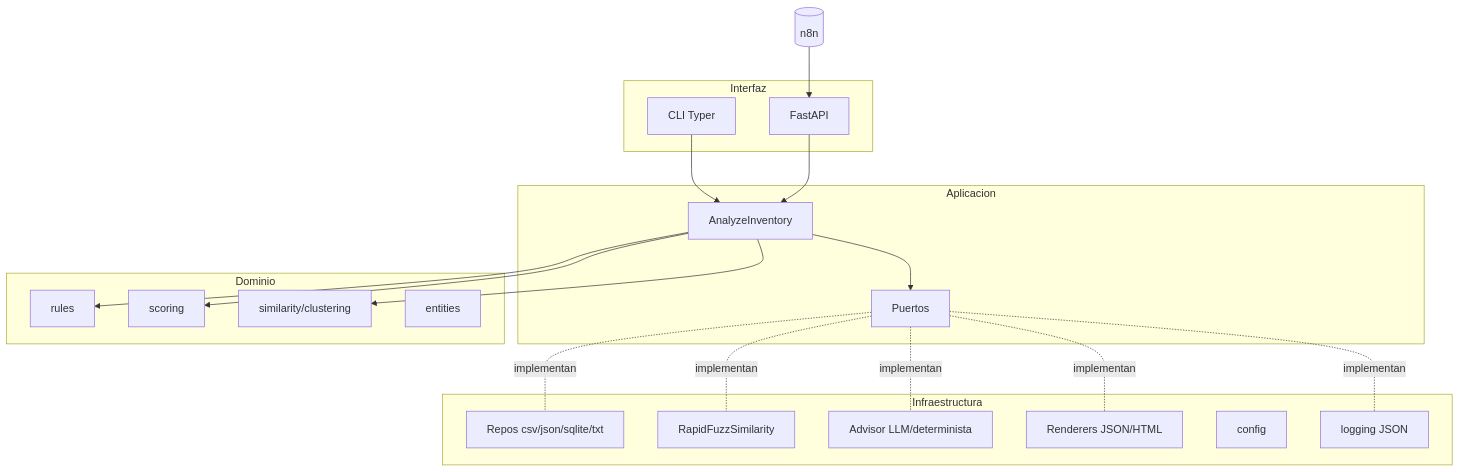
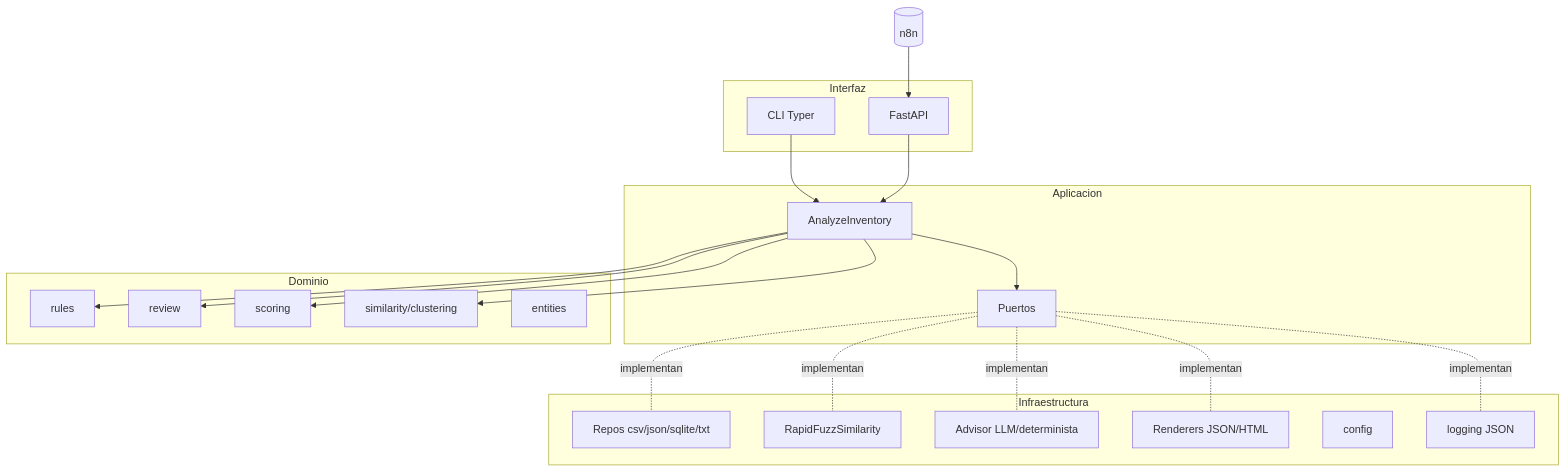
The fourth of 5 diagrams in docs/uml.md (cataia-code/bancolombia-technical-challenge-b), drawn with Mermaid before and after one commit. The commit also changed other lines of this file and 41 other files, not shown here.

````diff
--- a/docs/uml.md
+++ b/docs/uml.md
@@ -146,31 +260,32 @@
 ```mermaid
 flowchart TB
     subgraph Interfaz
       CLI[CLI Typer]
       API[FastAPI]
     end
     subgraph Aplicacion
       UC[AnalyzeInventory]
       P[Puertos]
     end
     subgraph Dominio
       RULES[rules]
+      REVIEW[review]
       SCORE[scoring]
       SIMD[similarity/clustering]
       ENT[entities]
     end
     subgraph Infraestructura
       REPO[Repos csv/json/sqlite/txt]
       SIM[RapidFuzzSimilarity]
       ADV[Advisor LLM/determinista]
       REND[Renderers JSON/HTML]
       CFG[config]
       LOG[logging JSON]
     end
     CLI --> UC
     API --> UC
     UC --> P
-    UC --> RULES & SCORE & SIMD
+    UC --> RULES & REVIEW & SCORE & SIMD
     P -. implementan .- REPO & SIM & ADV & REND & LOG
     n8n[(n8n)] --> API
 ```
````
